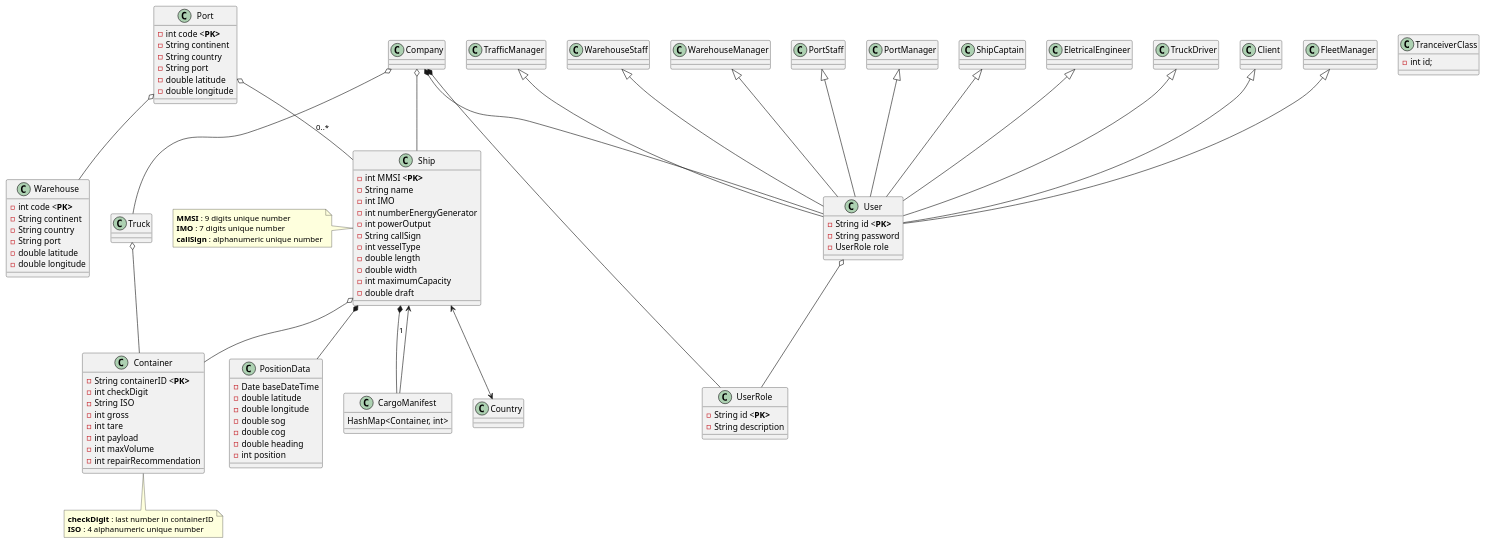
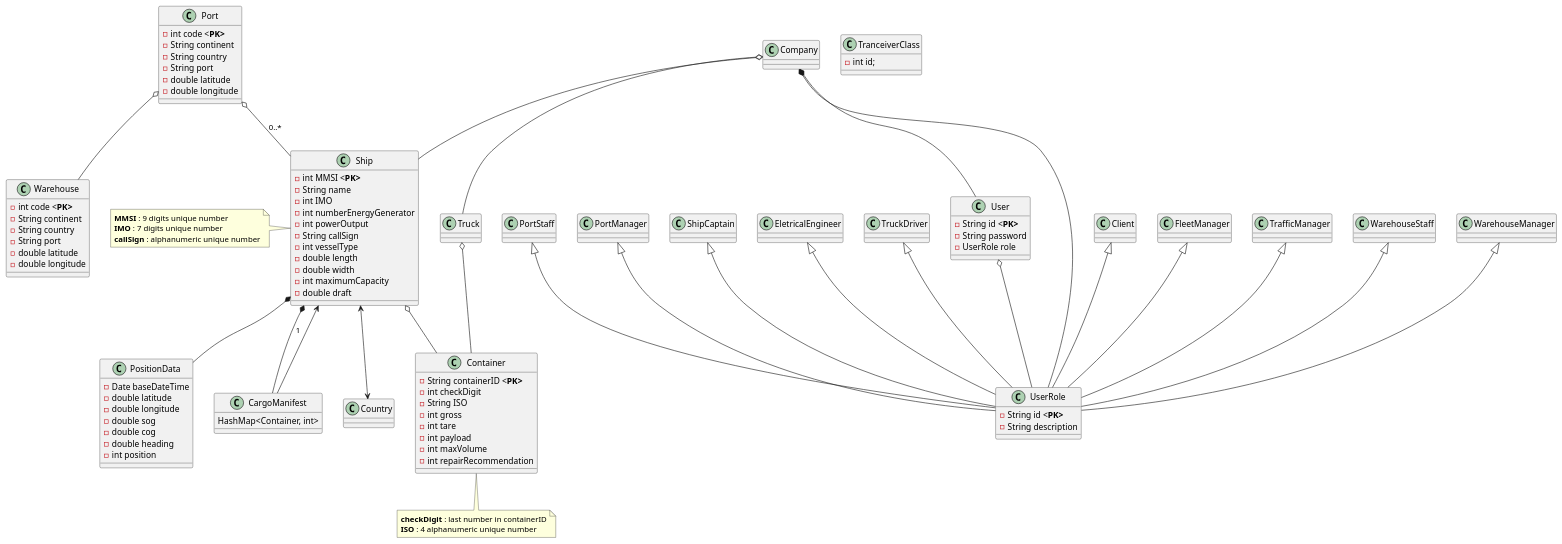
One commit to LourencoMelo/ISEP-LAPR3-ESINF changed the diagram in Docs/Domain Model.puml. Above: the diagram before and after it, drawn with PlantUML. The commit also changed 4 other files, not shown here.

```diff
--- a/Docs/Domain Model.puml
+++ b/Docs/Domain Model.puml
@@ -1,167 +1,167 @@
 @startuml
 
 class Ship {
 
     -int MMSI <<b>PK>
     -String name
     -int IMO
     -int numberEnergyGenerator
     -int powerOutput
     -String callSign
     -int vesselType
     -double length
     -double width
     -int maximumCapacity
     -double draft
 }
 
 note left: <b>MMSI</b> : 9 digits unique number\n<b>IMO</b> : 7 digits unique number\n<b>callSign</b> : alphanumeric unique number
 
 
 class Container {
 
     -String containerID <<b>PK>
     -int checkDigit
     -String ISO
     -int gross
     -int tare
     -int payload
     -int maxVolume
     -int repairRecommendation
 
 }
 
 note bottom: <b>checkDigit</b> : last number in containerID\n<b>ISO</b> : 4 alphanumeric unique number
 
 
 class Port {
     -int code <<b>PK>
     -String continent
     -String country
     -String port
     -double latitude
     -double longitude
 
 }
 
 class Warehouse {
     -int code <<b>PK>
     -String continent
     -String country
     -String port
     -double latitude
     -double longitude
 
 }
 
 class Truck{
 }
 
 class User{
     -String id <<b>PK>
     -String password
     -UserRole role
 }
 
 class UserRole{
     -String id <<b>PK>
     -String description
 }
 
 class Client{
 }
 
 class FleetManager{
 }
 
 class TrafficManager{
 }
 
 class WarehouseStaff{
 }
 
 class WarehouseManager{
 }
 
 class PortStaff{
 }
 
 class PortManager{
 }
 
 class ShipCaptain{
 }
 
 class EletricalEngineer{
 }
 
 class TruckDriver{
 }
 
 class PositionData{
     -Date baseDateTime
     -double latitude
     -double longitude
     -double sog
     -double cog
     -double heading
     -int position
 
 }
 
 class TranceiverClass{
     -int id;
 }
 'note bottom: <b> id <b> liga -se ao position data
 
 class CargoManifest{
     HashMap<Container, int>
 }
 
 class Country {
 
 }
 
 class Company {
 
 }
 
 'Inheritance connections
 
-Client <|-- User
-FleetManager <|-- User
-TrafficManager <|-- User
-WarehouseStaff <|-- User
-WarehouseManager <|-- User
-PortStaff <|-- User
-PortManager <|-- User
-ShipCaptain <|-- User
-EletricalEngineer <|-- User
-TruckDriver <|-- User
+Client <|-- UserRole
+FleetManager <|-- UserRole
+TrafficManager <|-- UserRole
+WarehouseStaff <|-- UserRole
+WarehouseManager <|-- UserRole
+PortStaff <|-- UserRole
+PortManager <|-- UserRole
+ShipCaptain <|-- UserRole
+EletricalEngineer <|-- UserRole
+TruckDriver <|-- UserRole
 
 
 'Aggregation connections
 
 User o-- UserRole
 Ship o-- Container
 Truck o-- Container
 Company o-- Ship
 Company o-- Truck
 Port o-- Ship : 0..*
 Port o-- Warehouse
 
 
 'Composition connections
 
 Company *-- User
 Company *-- UserRole
 Ship *-- CargoManifest : 1
 Ship *-- PositionData
 
 
 'Association connections
 
 CargoManifest --> Ship
 Ship <--> Country
 
 @enduml
```
